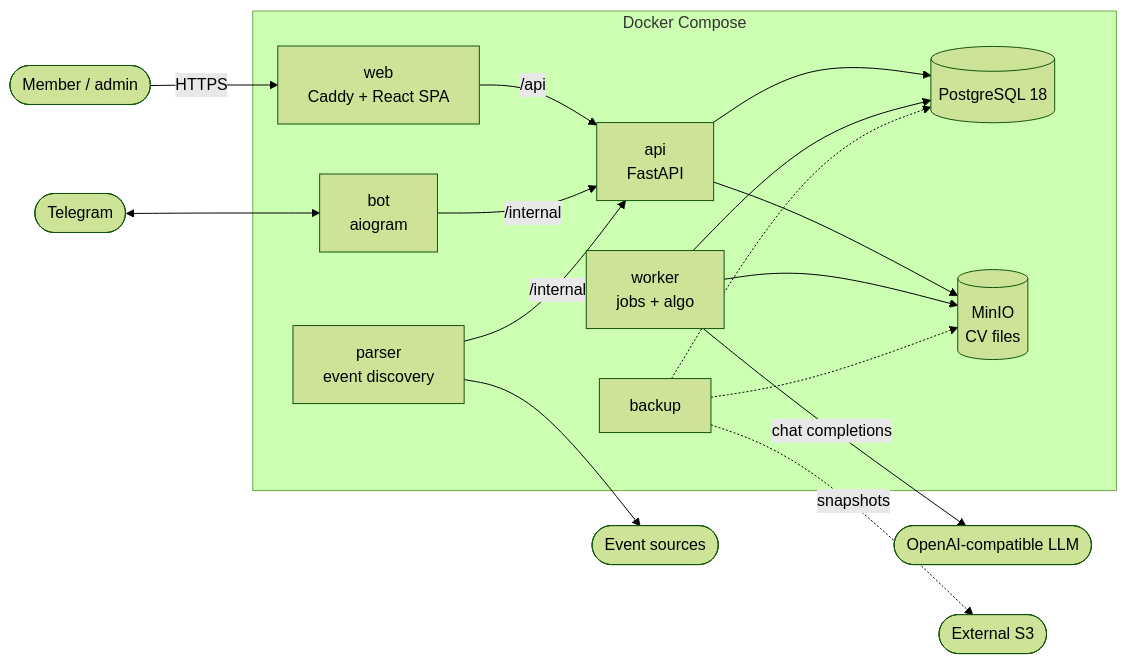
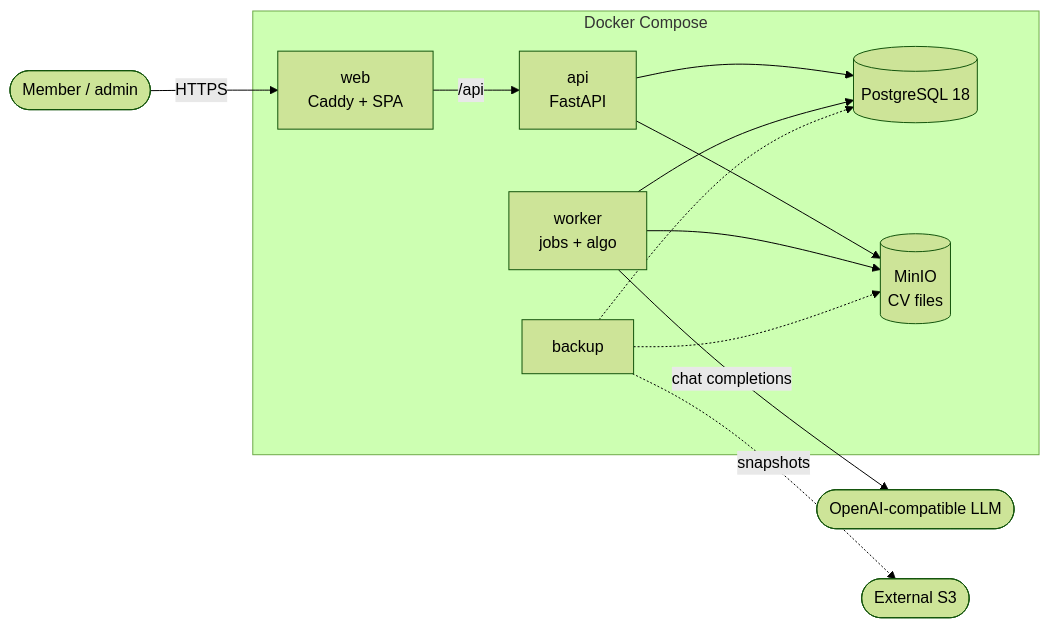
One commit to MoguchiyDuh/hmm changed the diagram in README.md. Above: the diagram before and after it, drawn with Mermaid (forest theme). The commit also changed other lines of this file and 24 other files, not shown here.

````diff
--- a/README.md
+++ b/README.md
@@ -39,21 +39,17 @@
 ```mermaid
 flowchart LR
     user([Member / admin]) -->|HTTPS| caddy
-    tg([Telegram]) <--> bot
 
     subgraph stack [Docker Compose]
-        caddy[web<br/>Caddy + React SPA] -->|/api| api[api<br/>FastAPI]
-        bot[bot<br/>aiogram] -->|/internal| api
-        parser[parser<br/>event discovery] -->|/internal| api
+        caddy[web<br/>Caddy + SPA] -->|/api| api[api<br/>FastAPI]
         api --> pg[(PostgreSQL 18)]
         worker[worker<br/>jobs + algo] --> pg
         api --> minio[(MinIO<br/>CV files)]
         worker --> minio
         backup[backup] -.-> pg
         backup -.-> minio
     end
 
     worker -->|chat completions| llm([OpenAI-compatible LLM])
-    parser --> sources([Event sources])
     backup -.->|snapshots| s3([External S3])
 ```
````
